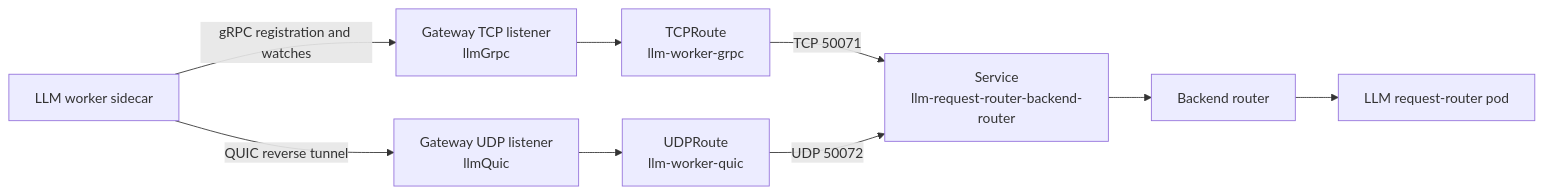
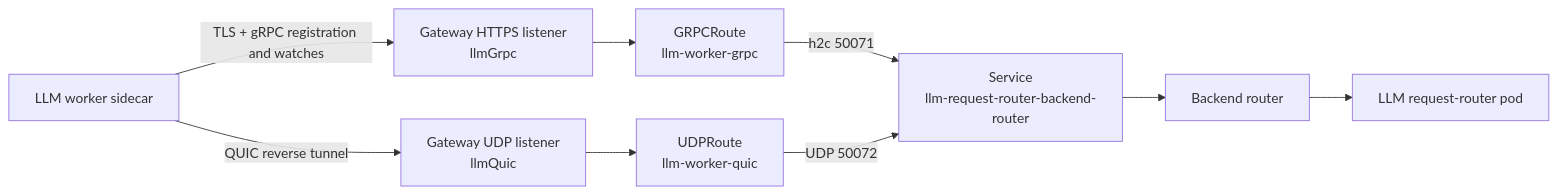
Before and after one commit to NVIDIA/nvcf: the diagram in docs/user/gateway-routing.md, drawn with Mermaid. The commit also changed other lines of this file and 25 other files, not shown here.

First line of the commit message:
feat(self-managed): secure LLM gRPC ingress

````diff
--- a/docs/user/gateway-routing.md
+++ b/docs/user/gateway-routing.md
@@ -245,20 +245,20 @@
 ```mermaid
 flowchart LR
     Worker["LLM worker sidecar"]
-    TcpListener["Gateway TCP listener<br/>llmGrpc"]
-    TcpRoute["TCPRoute<br/>llm-worker-grpc"]
+    HttpsListener["Gateway HTTPS listener<br/>llmGrpc"]
+    GrpcRoute["GRPCRoute<br/>llm-worker-grpc"]
     UdpListener["Gateway UDP listener<br/>llmQuic"]
     UdpRoute["UDPRoute<br/>llm-worker-quic"]
     Service["Service<br/>llm-request-router-backend-router"]
     Backend["Backend router"]
     Router["LLM request-router pod"]
 
-    Worker -->|"gRPC registration and watches"| TcpListener
-    TcpListener --> TcpRoute
-    TcpRoute -->|"TCP 50071"| Service
+    Worker -->|"TLS + gRPC registration and watches"| HttpsListener
+    HttpsListener --> GrpcRoute
+    GrpcRoute -->|"h2c 50071"| Service
     Worker -->|"QUIC reverse tunnel"| UdpListener
     UdpListener --> UdpRoute
     UdpRoute -->|"UDP 50072"| Service
     Service --> Backend
     Backend --> Router
 ```
````
